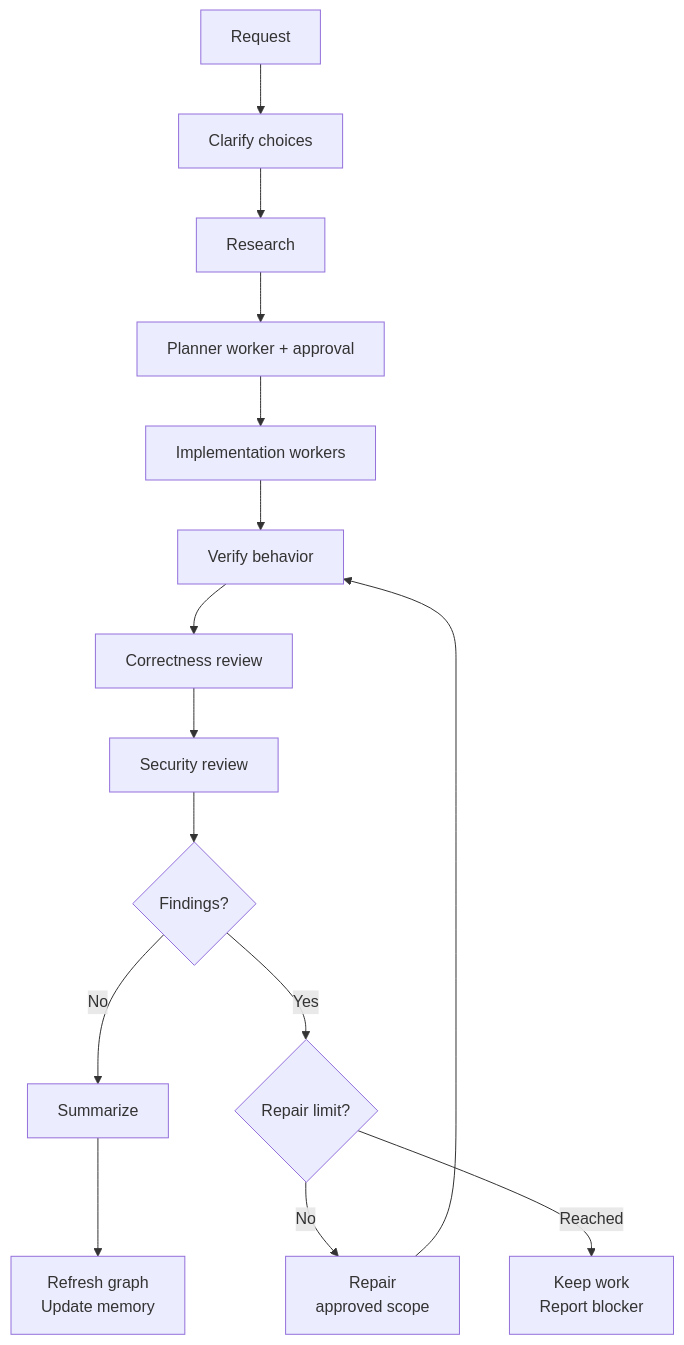
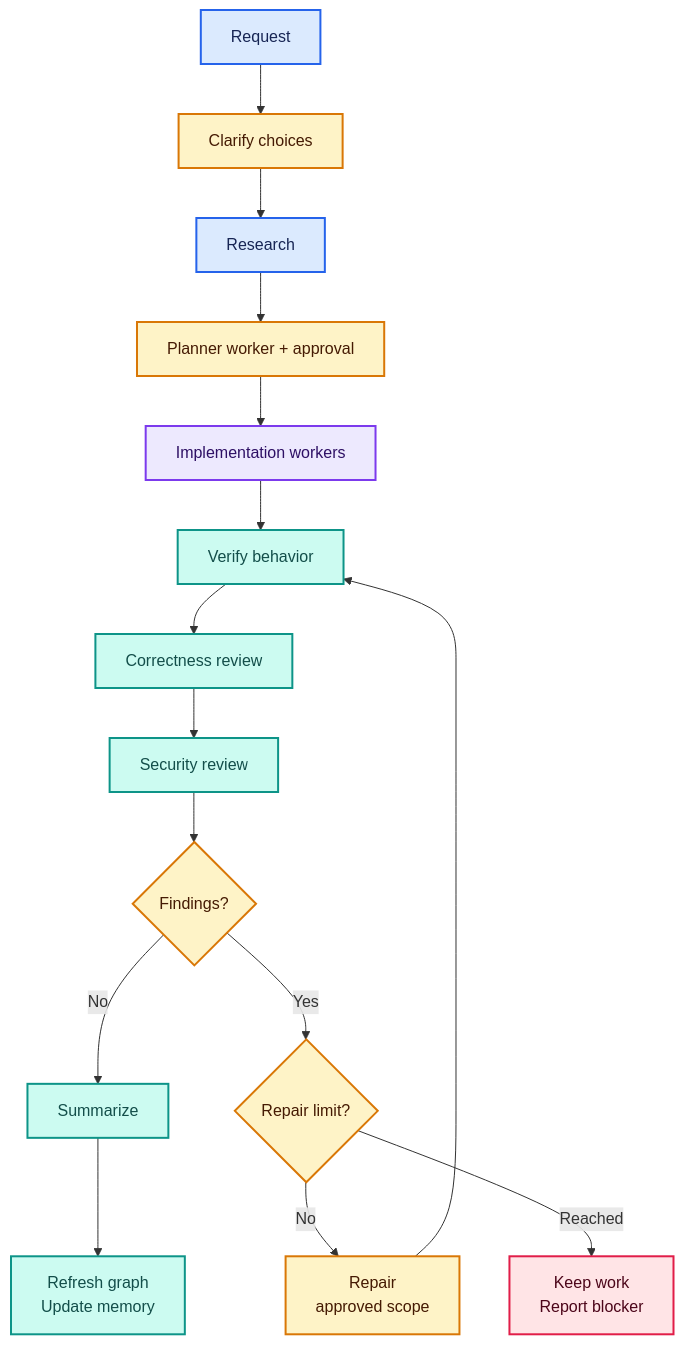
One commit to MSpiechowicz/harness-useful-skills changed the first of 2 diagrams in Readme.MD. Above: the diagram before and after it, drawn with Mermaid. The commit also changed other lines of this file, not shown here.

Commit message:
docs(readme): improve diagram styling and table layout

````diff
--- a/Readme.MD
+++ b/Readme.MD
@@ -40,17 +40,27 @@
 ```mermaid
 flowchart TD
     request["Request"] --> clarify["Clarify choices"]
     clarify --> research["Research"]
     research --> plan["Planner worker + approval"]
     plan --> implement["Implementation workers"]
     implement --> verify["Verify behavior"]
     verify --> correctness["Correctness review"]
     correctness --> security["Security review"]
     security --> outcome{"Findings?"}
     outcome -->|No| summary["Summarize"]
     summary --> memory["Refresh graph<br/>Update memory"]
     outcome -->|Yes| limit{"Repair limit?"}
     limit -->|No| repair["Repair<br/>approved scope"]
     repair --> verify
     limit -->|Reached| blocked["Keep work<br/>Report blocker"]
+    classDef blue fill:#dbeafe,stroke:#2563eb,color:#172554,stroke-width:2px;
+    classDef violet fill:#ede9fe,stroke:#7c3aed,color:#2e1065,stroke-width:2px;
+    classDef teal fill:#ccfbf1,stroke:#0d9488,color:#134e4a,stroke-width:2px;
+    classDef amber fill:#fef3c7,stroke:#d97706,color:#451a03,stroke-width:2px;
+    classDef rose fill:#ffe4e6,stroke:#e11d48,color:#4c0519,stroke-width:2px;
+    class request,research blue;
+    class clarify,plan,outcome,limit,repair amber;
+    class implement violet;
+    class verify,correctness,security,summary,memory teal;
+    class blocked rose;
 ```
````
